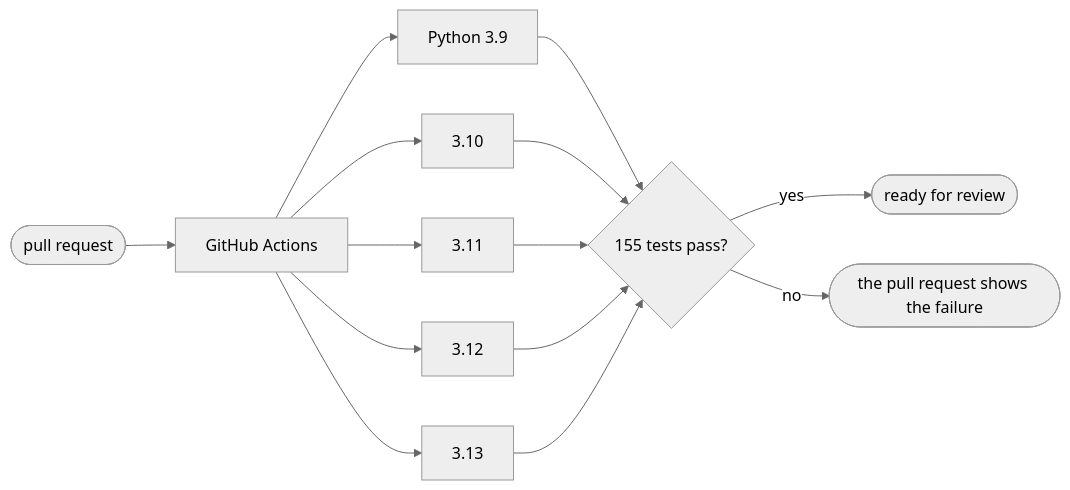
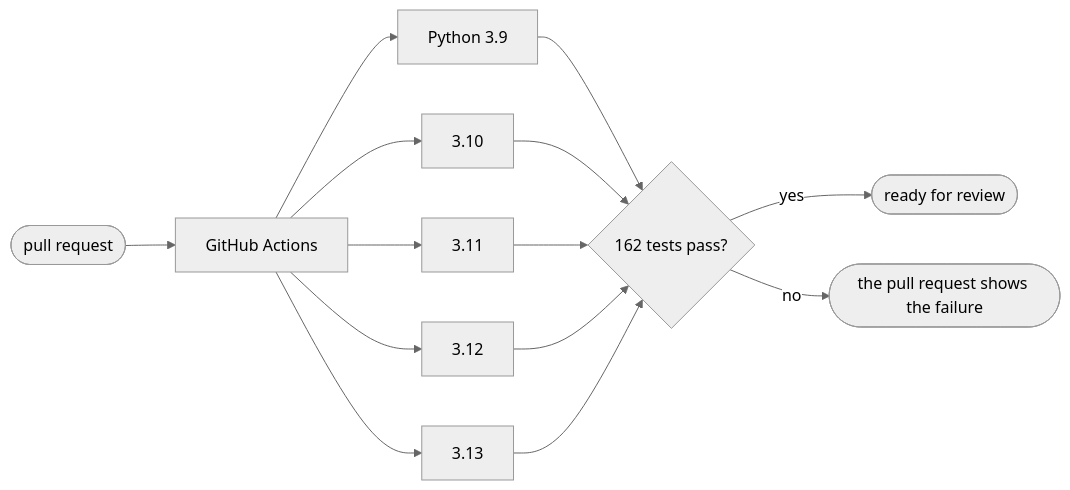
Before and after one commit to rniedson/higgsfield-director-pro-skill: the first of 2 diagrams in higgsfield-director/tests/README.md, drawn with Mermaid (neutral theme). The commit also changed other lines of this file and 11 other files, not shown here.

````diff
--- a/higgsfield-director/tests/README.md
+++ b/higgsfield-director/tests/README.md
@@ -10,8 +10,8 @@
 ```mermaid
 flowchart LR
     PR([pull request]) --> CI[GitHub Actions]
     CI --> P39[Python 3.9] & P310[3.10] & P311[3.11] & P312[3.12] & P313[3.13]
-    P39 & P310 & P311 & P312 & P313 --> OK{155 tests pass?}
+    P39 & P310 & P311 & P312 & P313 --> OK{162 tests pass?}
     OK -- yes --> M([ready for review])
     OK -- no --> F([the pull request shows the failure])
 ```
````
